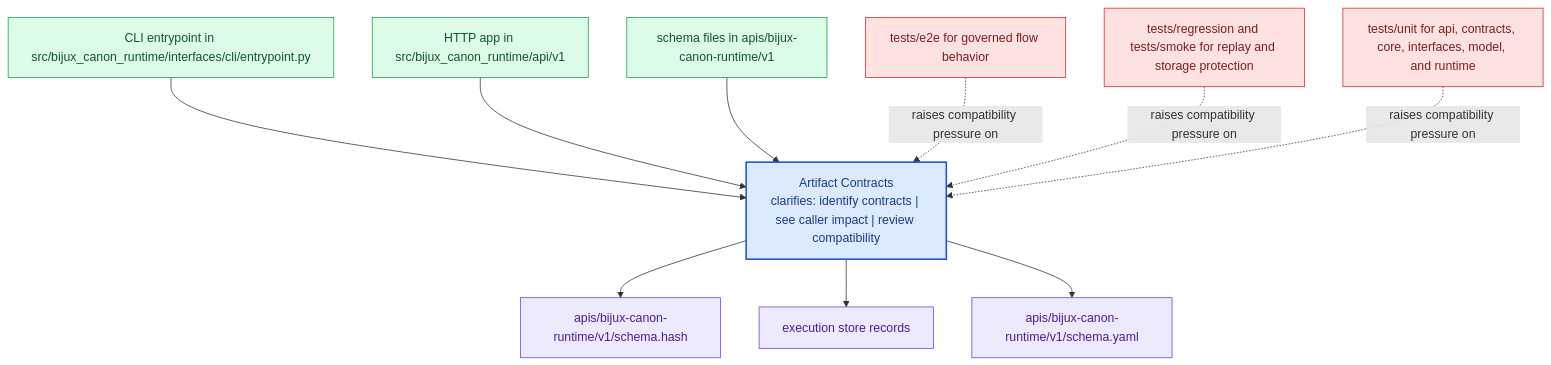
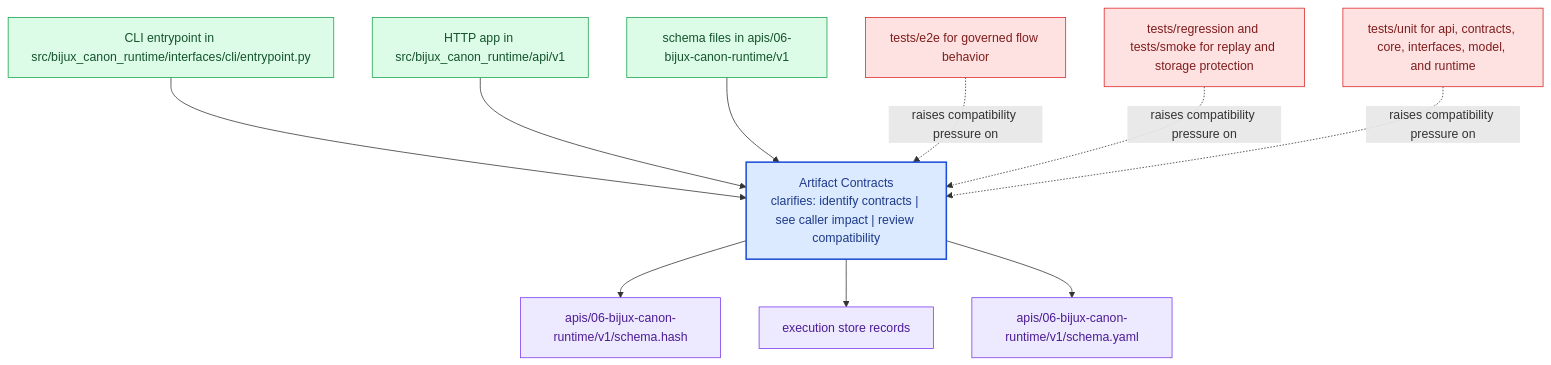
One commit to bijux/bijux-canon changed the diagram in docs/06-bijux-canon-runtime/interfaces/artifact-contracts.md. Above: the diagram before and after it, drawn with Mermaid. The commit also changed other lines of this file and 167 other files, not shown here.

````diff
--- a/docs/06-bijux-canon-runtime/interfaces/artifact-contracts.md
+++ b/docs/06-bijux-canon-runtime/interfaces/artifact-contracts.md
@@ -23,31 +23,31 @@
 ```mermaid
 flowchart TB
     page["Artifact Contracts<br/>clarifies: identify contracts | see caller impact | review compatibility"]
     classDef page fill:#dbeafe,stroke:#1d4ed8,color:#1e3a8a,stroke-width:2px;
     classDef positive fill:#dcfce7,stroke:#16a34a,color:#14532d;
     classDef caution fill:#fee2e2,stroke:#dc2626,color:#7f1d1d;
     classDef anchor fill:#ede9fe,stroke:#7c3aed,color:#4c1d95;
     classDef action fill:#fef3c7,stroke:#d97706,color:#7c2d12;
     surface1["CLI entrypoint in src/bijux_canon_runtime/interfaces/cli/entrypoint.py"]
     surface1 --> page
     surface2["HTTP app in src/bijux_canon_runtime/api/v1"]
     surface2 --> page
-    surface3["schema files in apis/bijux-canon-runtime/v1"]
+    surface3["schema files in apis/06-bijux-canon-runtime/v1"]
     surface3 --> page
-    proof1["apis/bijux-canon-runtime/v1/schema.hash"]
+    proof1["apis/06-bijux-canon-runtime/v1/schema.hash"]
     page --> proof1
     proof2["execution store records"]
     page --> proof2
-    proof3["apis/bijux-canon-runtime/v1/schema.yaml"]
+    proof3["apis/06-bijux-canon-runtime/v1/schema.yaml"]
     page --> proof3
     review1["tests/e2e for governed flow behavior"]
     review1 -.raises compatibility pressure on.-> page
     review2["tests/regression and tests/smoke for replay and storage protection"]
     review2 -.raises compatibility pressure on.-> page
     review3["tests/unit for api, contracts, core, interfaces, model, and runtime"]
     review3 -.raises compatibility pressure on.-> page
     class page page;
     class surface1,surface2,surface3 positive;
     class proof1,proof2,proof3 anchor;
     class review1,review2,review3 caution;
 ```
````
